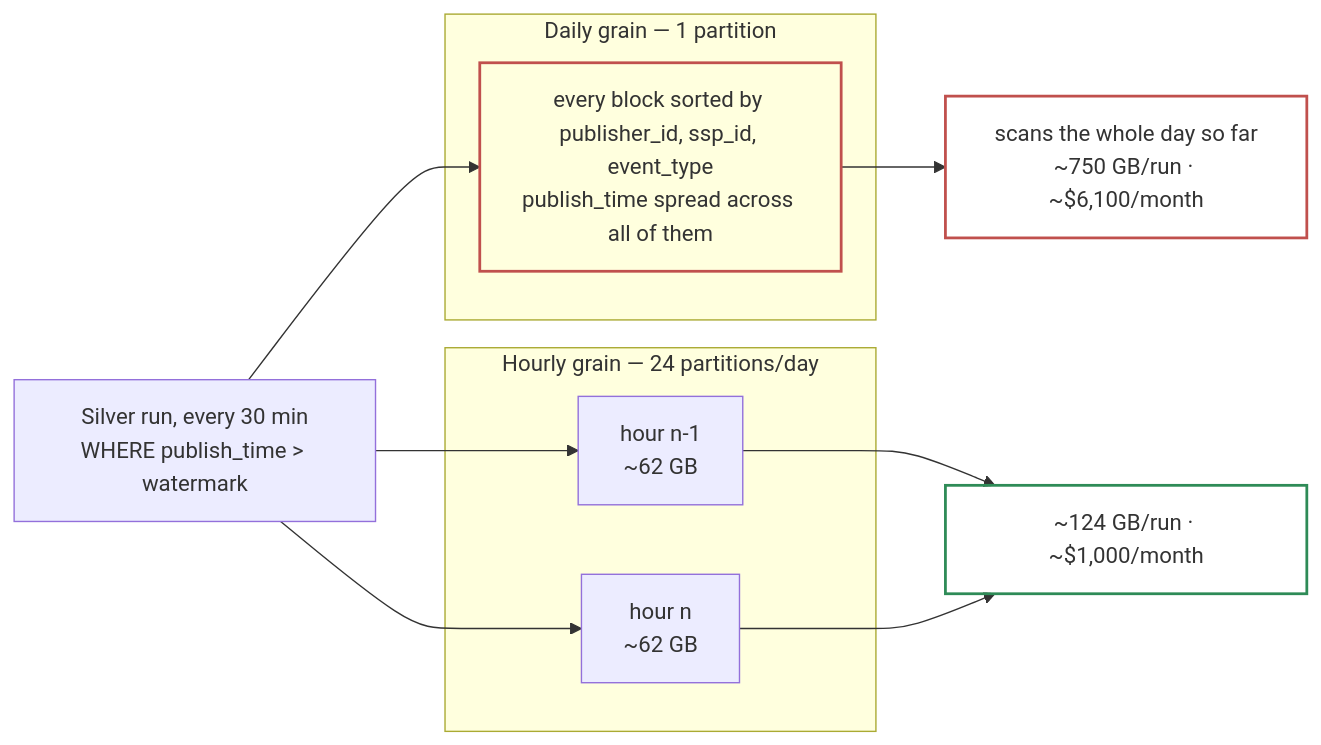
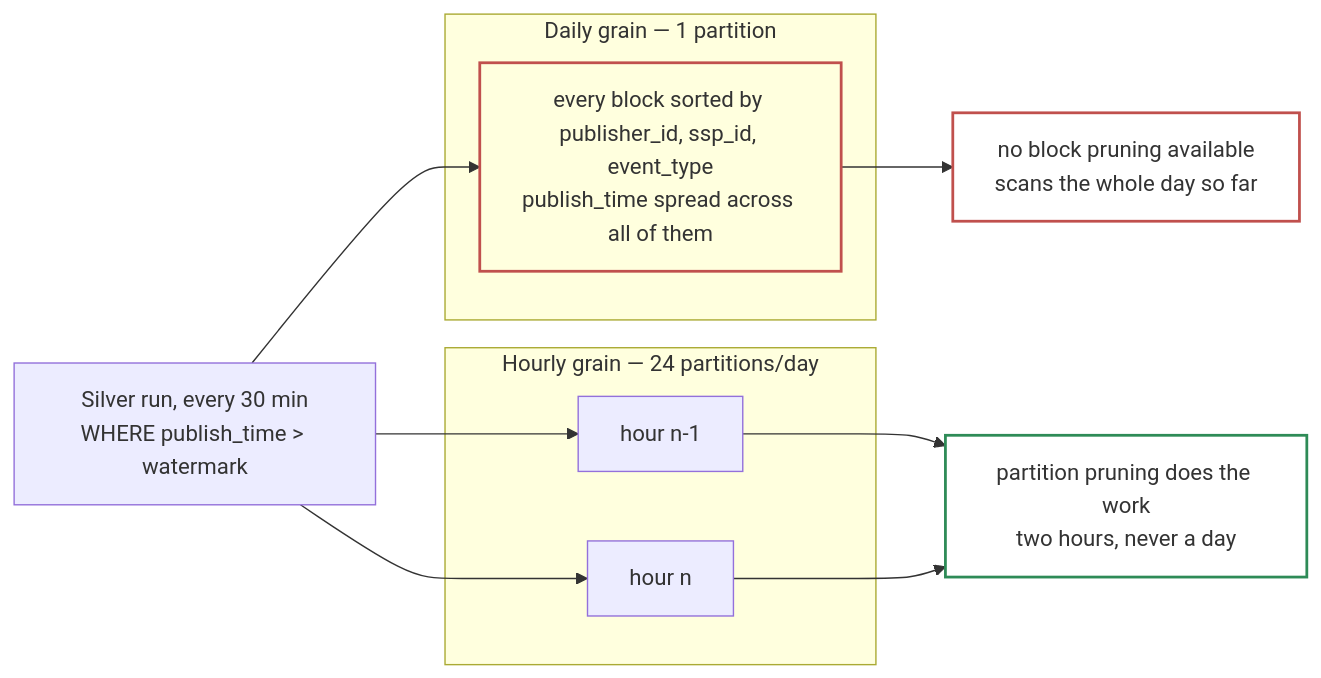
The diagram in part_1/05-bronze-partitioning.md (thomasguillaux/op-technical-test), drawn with Mermaid before and after one commit. The commit also changed other lines of this file and 7 other files, not shown here.

````diff
--- a/part_1/05-bronze-partitioning.md
+++ b/part_1/05-bronze-partitioning.md
@@ -51,21 +51,21 @@
 ```mermaid
 flowchart LR
   W["Silver run, every 30 min<br/>WHERE publish_time > watermark"]
   subgraph day["Daily grain — 1 partition"]
     DB["every block sorted by publisher_id, ssp_id, event_type<br/>publish_time spread across all of them"]
   end
   subgraph hour["Hourly grain — 24 partitions/day"]
-    H1["hour n-1<br/>~62 GB"]
-    H2["hour n<br/>~62 GB"]
+    H1["hour n-1"]
+    H2["hour n"]
   end
   W --> DB
   W --> H1
   W --> H2
-  DB --> C1["scans the whole day so far<br/>~750 GB/run · ~$6,100/month"]
-  H1 --> C2["~124 GB/run · ~$1,000/month"]
+  DB --> C1["no block pruning available<br/>scans the whole day so far"]
+  H1 --> C2["partition pruning does the work<br/>two hours, never a day"]
   H2 --> C2
   classDef bad fill:none,stroke:#c0504d,stroke-width:2px;
   classDef ok fill:none,stroke:#2e8b57,stroke-width:2px;
   class DB,C1 bad;
   class C2 ok;
 ```
````
